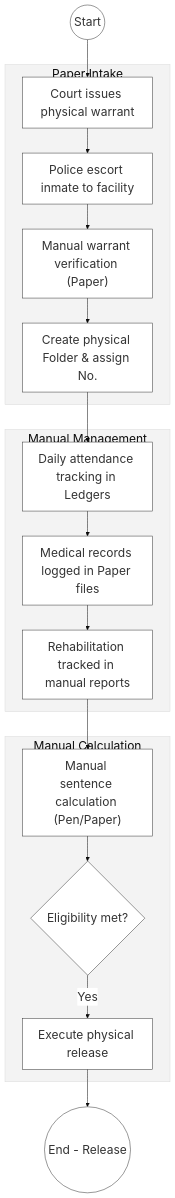
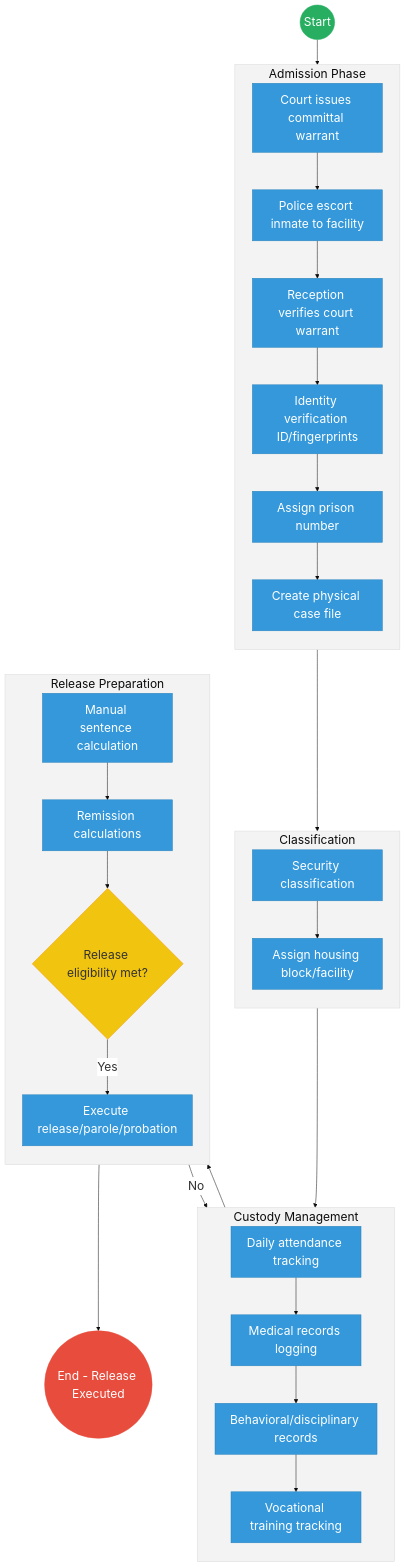
Before and after one commit to BITZ-IT-Consulting-LTD/ictapoc: the first of 2 diagrams in mdas/docs_final/priority_mdas/STATE_DEPARTMENT_FOR_CORRECTIONAL_SERVICES___Service_Delivery.md, drawn with Mermaid. The commit also changed other lines of this file and 90 other files, not shown here.

````diff
--- a/mdas/docs_final/priority_mdas/STATE_DEPARTMENT_FOR_CORRECTIONAL_SERVICES___Service_Delivery.md
+++ b/mdas/docs_final/priority_mdas/STATE_DEPARTMENT_FOR_CORRECTIONAL_SERVICES___Service_Delivery.md
@@ -77,25 +34,75 @@
 ```mermaid
 %%{init: { 'theme': 'base', 'themeVariables': { 'fontSize': '24px', 'fontFamily': 'Inter, system-ui, sans-serif', 'primaryColor': '#ffffff', 'edgeLabelBackground':'#ffffff', 'tertiaryColor': '#f3f3f3', 'mainBkg': '#ffffff', 'nodeBorder': '#333333' } } }%%
 flowchart TD
-    Start((Start)) --> IssueWarrant["Court issues physical warrant"]
-    
-    subgraph Admission_Silo["Paper Intake"]
-        IssueWarrant --> Escort["Police escort inmate to facility"]
-        Escort --> VerifyWarrant["Manual warrant verification (Paper)"]
-        VerifyWarrant --> CreateFile["Create physical Folder & assign No."]
+    %% Events
+    Start((Start))
+    EndProcess(("End - Release Executed"))
+
+    subgraph Admission["Admission Phase"]
+        direction TB
+        IssueWarrant["Court issues committal warrant"]
+        Escort["Police escort inmate to facility"]
+        VerifyWarrant["Reception verifies court warrant"]
+        VerifyID["Identity verification ID/fingerprints"]
+        AssignNo["Assign prison number"]
+        CreateFile["Create physical case file"]
     end
 
-    subgraph Custody_Phase["Manual Management"]
-        CreateFile --> DailyTrack["Daily attendance tracking in Ledgers"]
-        DailyTrack --> MedLogs["Medical records logged in Paper files"]
-        MedLogs --> VocTrack["Rehabilitation tracked in manual reports"]
+    subgraph Classification [Classification]
+        direction TB
+        Classify["Security classification"]
+        AssignBlock["Assign housing block/facility"]
     end
 
-    subgraph Release_Unit["Manual Calculation"]
-        VocTrack --> CalcSent["Manual sentence calculation (Pen/Paper)"]
-        CalcSent --> EligGateway{"Eligibility met?"}
-        EligGateway -- "Yes" --> ExecRelease["Execute physical release"]
+    subgraph Custody["Custody Management"]
+        direction TB
+        DailyTrack["Daily attendance tracking"]
+        MedLogs["Medical records logging"]
+        BehavLogs["Behavioral/disciplinary records"]
+        VocTrack["Vocational training tracking"]
     end
 
-    ExecRelease --> EndProcess(("End - Release"))
+    subgraph Release["Release Preparation"]
+        direction TB
+        CalcSent["Manual sentence calculation"]
+        CalcRem["Remission calculations"]
+        EligGateway{"Release eligibility met?"}
+        ExecRelease["Execute release/parole/probation"]
+    end
+
+    %% Flow connections
+    Start --> IssueWarrant
+    IssueWarrant --> Escort
+    Escort --> VerifyWarrant
+    VerifyWarrant --> VerifyID
+    VerifyID --> AssignNo
+    AssignNo --> CreateFile
+    
+    CreateFile --> Classify
+    Classify --> AssignBlock
+    
+    AssignBlock --> DailyTrack
+    DailyTrack --> MedLogs
+    MedLogs --> BehavLogs
+    BehavLogs --> VocTrack
+    
+    VocTrack --> CalcSent
+    CalcSent --> CalcRem
+    CalcRem --> EligGateway
+    
+    EligGateway -- "No" --> DailyTrack
+    EligGateway -- "Yes" --> ExecRelease
+    
+    ExecRelease --> EndProcess
+
+    %% Styling
+    classDef startEvent fill:#27ae60,stroke:#27ae60,color:#fff,font-size:24px,font-size:24px;;
+    classDef endEvent fill:#e74c3c,stroke:#e74c3c,color:#fff,font-size:24px,font-size:24px;;
+    classDef userTask fill:#3498db,stroke:#2980b9,color:#fff,font-size:24px,font-size:24px;;
+    classDef gateway fill:#f1c40f,stroke:#f39c12,color:#333,font-size:24px,font-size:24px;;
+    
+    class Start startEvent;
+    class EndProcess endEvent;
+    class EligGateway gateway;
+    class IssueWarrant,Escort,VerifyWarrant,VerifyID,AssignNo,CreateFile,Classify,AssignBlock,DailyTrack,MedLogs,BehavLogs,VocTrack,CalcSent,CalcRem,ExecRelease userTask;
 ```
````
